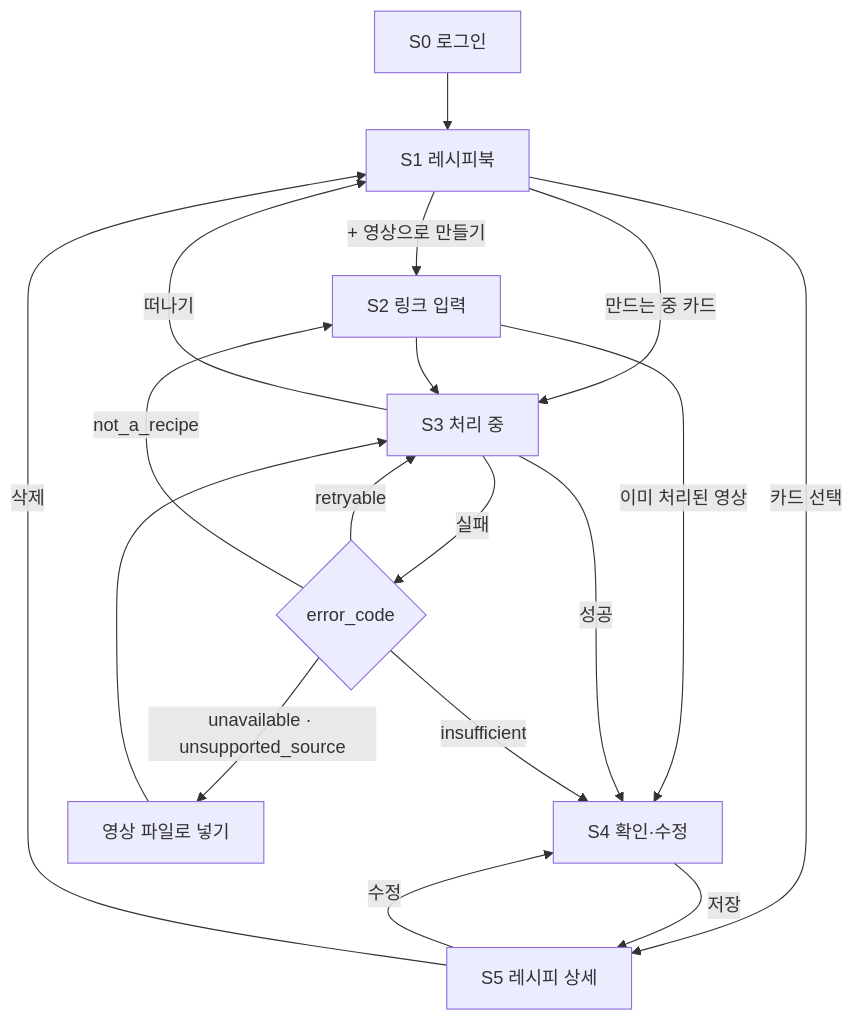
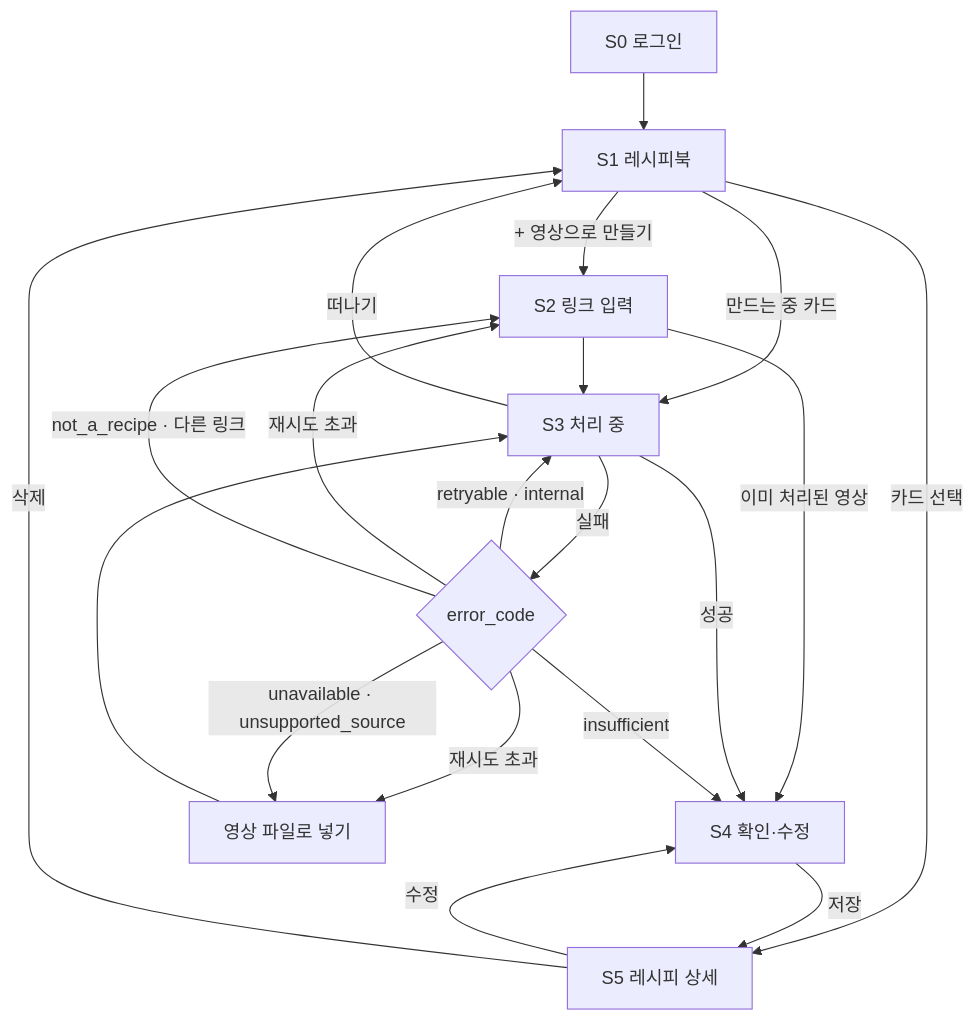
One commit to pbl-applied-ai/applied-ai changed the diagram in docs/ux-flow.md. Above: the diagram before and after it, drawn with Mermaid. The commit also changed other lines of this file, not shown here.

First line of the commit message:
docs: UX 플로우 v0.4 2차 리뷰 반영 (#9)

````diff
--- a/docs/ux-flow.md
+++ b/docs/ux-flow.md
@@ -34,20 +34,22 @@
 ```mermaid
 flowchart TD
   Login[S0 로그인] --> Book[S1 레시피북]
   Book -->|+ 영상으로 만들기| Input[S2 링크 입력]
   Book -->|카드 선택| Detail[S5 레시피 상세]
   Book -->|만드는 중 카드| Proc
   Input -->|이미 처리된 영상| Review
   Input --> Proc[S3 처리 중]
   Proc -->|떠나기| Book
   Proc -->|성공| Review[S4 확인·수정]
   Proc -->|실패| Fail{error_code}
-  Fail -->|retryable| Proc
+  Fail -->|retryable · internal| Proc
+  Fail -->|재시도 초과| Upload
+  Fail -->|재시도 초과| Input
   Fail -->|unavailable · unsupported_source| Upload[영상 파일로 넣기]
   Upload --> Proc
-  Fail -->|not_a_recipe| Input
+  Fail -->|not_a_recipe · 다른 링크| Input
   Fail -->|insufficient| Review
   Review -->|저장| Detail
   Detail -->|수정| Review
   Detail -->|삭제| Book
 ```
````
